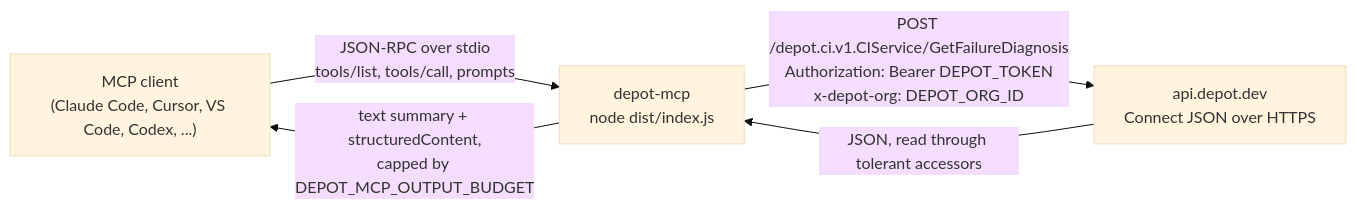
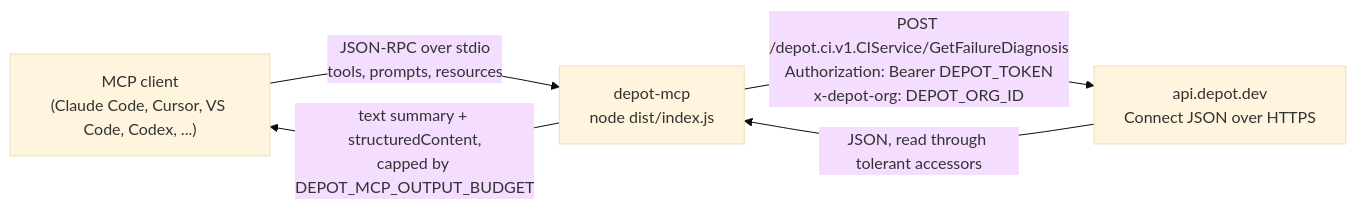
One commit to akshayjain3450/depot-mcp changed the diagram in README.md. Above: the diagram before and after it, drawn with Mermaid (base theme). The commit also changed other lines of this file and 100 other files, not shown here.

First line of the commit message:
Integrate the 0.2 fan-out: 12 read tools, beta reads, write tools, prompts, resources (#25)

````diff
--- a/README.md
+++ b/README.md
@@ -482,11 +566,11 @@
 ```mermaid
 flowchart LR
     Client["MCP client<br/>(Claude Code, Cursor, VS Code, Codex, ...)"]
     Server["depot-mcp<br/>node dist/index.js"]
     API["api.depot.dev<br/>Connect JSON over HTTPS"]
 
-    Client -- "JSON-RPC over stdio<br/>tools/list, tools/call, prompts" --> Server
+    Client -- "JSON-RPC over stdio<br/>tools, prompts, resources" --> Server
     Server -- "POST /depot.ci.v1.CIService/GetFailureDiagnosis<br/>Authorization: Bearer DEPOT_TOKEN<br/>x-depot-org: DEPOT_ORG_ID" --> API
     API -- "JSON, read through tolerant accessors" --> Server
     Server -- "text summary + structuredContent,<br/>capped by DEPOT_MCP_OUTPUT_BUDGET" --> Client
 ```
````
